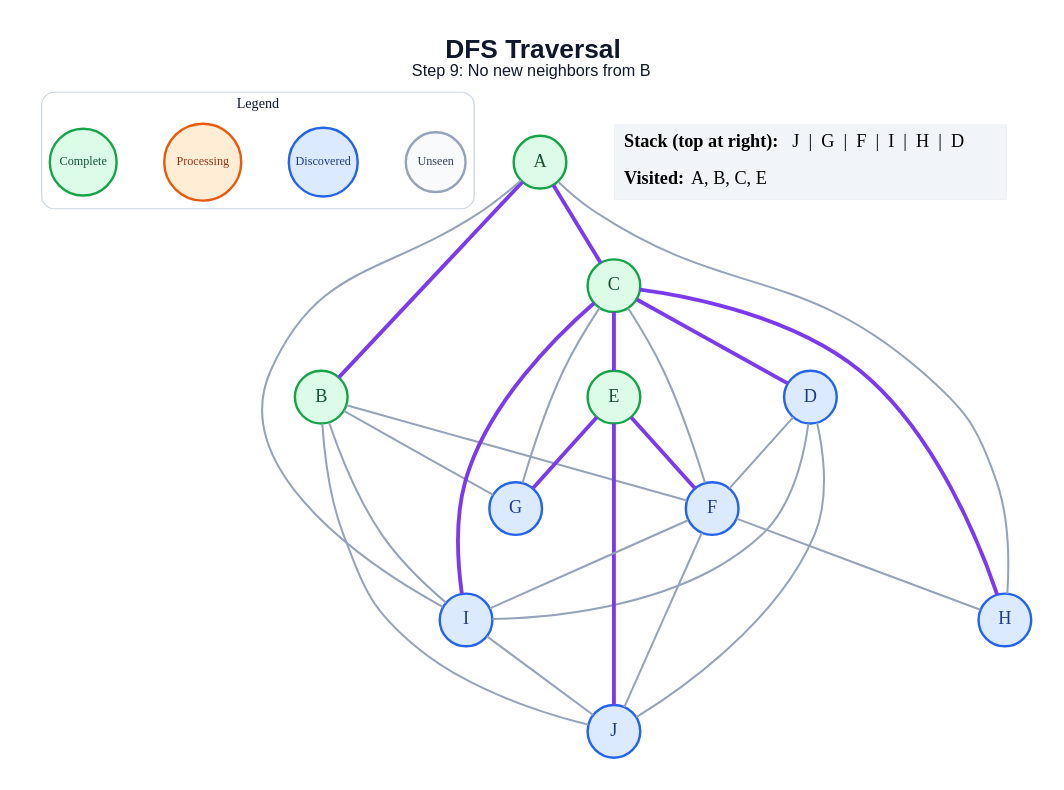
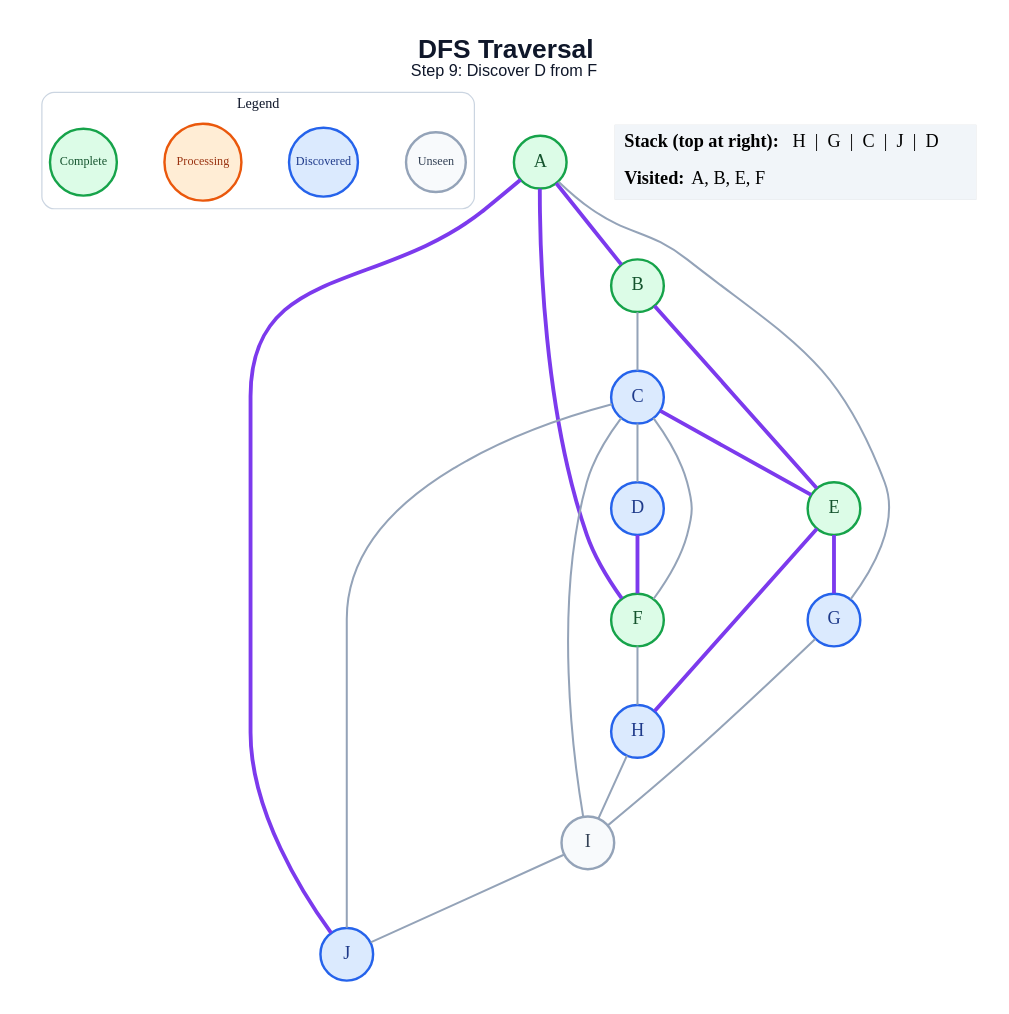
Before and after one commit to amanghodawala9/ai-slop: the diagram in generated/specific-node/dfs/step_09.dot, drawn with Graphviz. The commit also changed 178 other files, not shown here.

```diff
--- a/generated/specific-node/dfs/step_09.dot
+++ b/generated/specific-node/dfs/step_09.dot
@@ -1,53 +1,47 @@
 graph traversal {
   graph [layout=dot, rankdir=TB, bgcolor="#FFFFFF", pad="0.35", nodesep="0.65", ranksep="0.8", fontname="Arial"];
   node [shape=circle, style="filled", fontname="Arial Bold", fontsize=18, width=0.72, fixedsize=true, penwidth=2.4];
   edge [color="#94A3B8", penwidth=2.0];
-  label=<<B>DFS Traversal</B><BR/><FONT POINT-SIZE="16">Step 9: No new neighbors from B</FONT>>; labelloc="t"; fontsize=26; fontname="Arial"; fontcolor="#0F172A";
+  label=<<B>DFS Traversal</B><BR/><FONT POINT-SIZE="16">Step 9: Discover D from F</FONT>>; labelloc="t"; fontsize=26; fontname="Arial"; fontcolor="#0F172A";
   subgraph cluster_legend { label="Legend"; color="#CBD5E1"; penwidth=1.2; style="rounded"; fontsize=14; fontname="Arial Bold";
     key_unseen [label="Unseen", fillcolor="#F8FAFC", color="#94A3B8", fontcolor="#334155", fontsize=12, width=0.82];
     key_frontier [label="Discovered", fillcolor="#DBEAFE", color="#2563EB", fontcolor="#1E3A8A", fontsize=12, width=0.95];
     key_current [label="Processing", fillcolor="#FFEDD5", color="#EA580C", fontcolor="#9A3412", fontsize=12, width=1.05];
     key_done [label="Complete", fillcolor="#DCFCE7", color="#16A34A", fontcolor="#14532D", fontsize=12, width=0.92];
     { rank=same; key_unseen; key_frontier; key_current; key_done; }
   }
   A [fillcolor="#DCFCE7", color="#16A34A", fontcolor="#14532D"];
   B [fillcolor="#DCFCE7", color="#16A34A", fontcolor="#14532D"];
-  C [fillcolor="#DCFCE7", color="#16A34A", fontcolor="#14532D"];
+  C [fillcolor="#DBEAFE", color="#2563EB", fontcolor="#1E3A8A"];
   D [fillcolor="#DBEAFE", color="#2563EB", fontcolor="#1E3A8A"];
   E [fillcolor="#DCFCE7", color="#16A34A", fontcolor="#14532D"];
-  F [fillcolor="#DBEAFE", color="#2563EB", fontcolor="#1E3A8A"];
+  F [fillcolor="#DCFCE7", color="#16A34A", fontcolor="#14532D"];
   G [fillcolor="#DBEAFE", color="#2563EB", fontcolor="#1E3A8A"];
   H [fillcolor="#DBEAFE", color="#2563EB", fontcolor="#1E3A8A"];
-  I [fillcolor="#DBEAFE", color="#2563EB", fontcolor="#1E3A8A"];
+  I [fillcolor="#F8FAFC", color="#94A3B8", fontcolor="#334155"];
   J [fillcolor="#DBEAFE", color="#2563EB", fontcolor="#1E3A8A"];
   A -- B [color="#7C3AED", penwidth=3.8];
-  A -- C [color="#7C3AED", penwidth=3.8];
-  A -- H;
-  A -- I;
-  B -- F;
-  B -- G;
-  B -- I;
-  B -- J;
-  C -- D [color="#7C3AED", penwidth=3.8];
+  A -- F [color="#7C3AED", penwidth=3.8];
+  A -- G;
+  A -- J [color="#7C3AED", penwidth=3.8];
+  B -- C;
+  B -- E [color="#7C3AED", penwidth=3.8];
+  C -- D;
   C -- E [color="#7C3AED", penwidth=3.8];
   C -- F;
-  C -- G;
-  C -- H [color="#7C3AED", penwidth=3.8];
-  C -- I [color="#7C3AED", penwidth=3.8];
-  D -- F;
-  D -- I;
-  D -- J;
-  E -- F [color="#7C3AED", penwidth=3.8];
+  C -- I;
+  C -- J;
+  D -- F [color="#7C3AED", penwidth=3.8];
   E -- G [color="#7C3AED", penwidth=3.8];
-  E -- J [color="#7C3AED", penwidth=3.8];
+  E -- H [color="#7C3AED", penwidth=3.8];
   F -- H;
-  F -- I;
-  F -- J;
+  G -- I;
+  H -- I;
   I -- J;
   status [shape=plain, fixedsize=false, width=0, height=0, margin=0, label=<
     <TABLE BORDER="0" CELLBORDER="0" CELLPADDING="7" BGCOLOR="#F1F5F9">
-      <TR><TD ALIGN="LEFT"><B>Stack (top at right):</B> J  |  G  |  F  |  I  |  H  |  D</TD></TR>
-      <TR><TD ALIGN="LEFT"><B>Visited:</B> A, B, C, E</TD></TR>
+      <TR><TD ALIGN="LEFT"><B>Stack (top at right):</B> H  |  G  |  C  |  J  |  D</TD></TR>
+      <TR><TD ALIGN="LEFT"><B>Visited:</B> A, B, E, F</TD></TR>
     </TABLE>
   >];
 }
```
